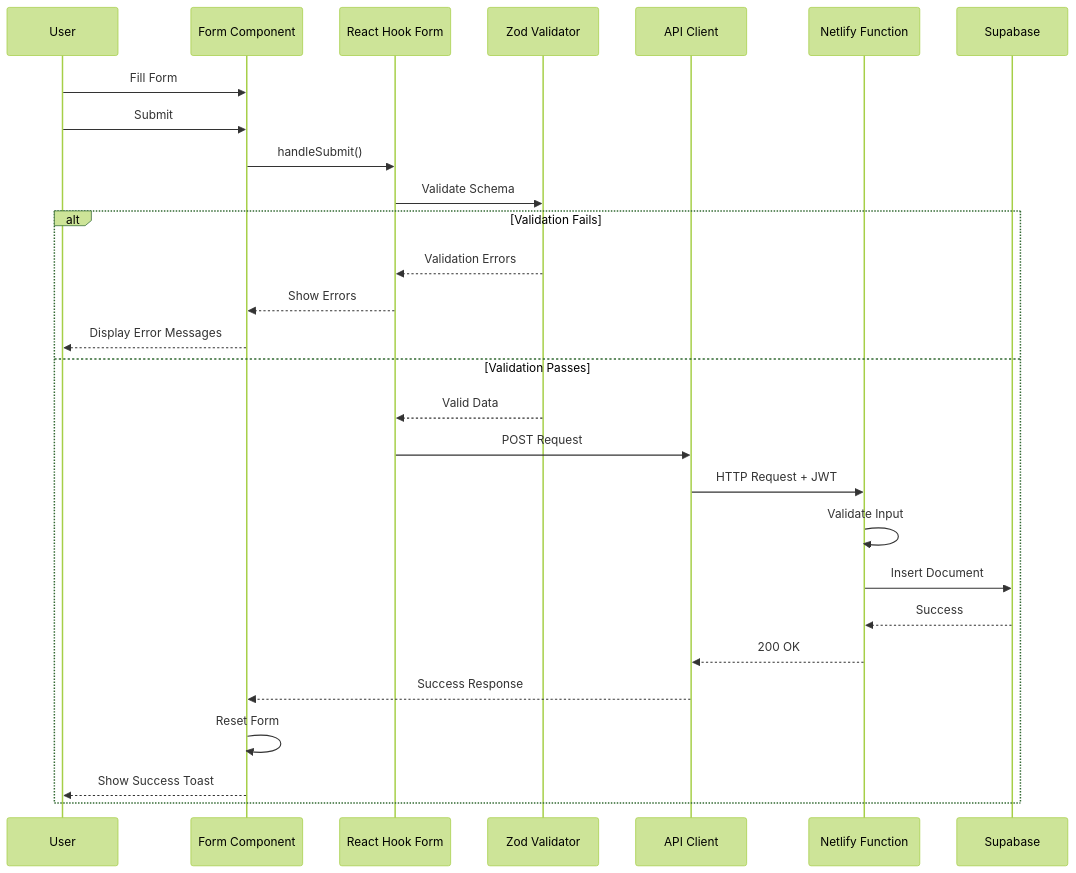
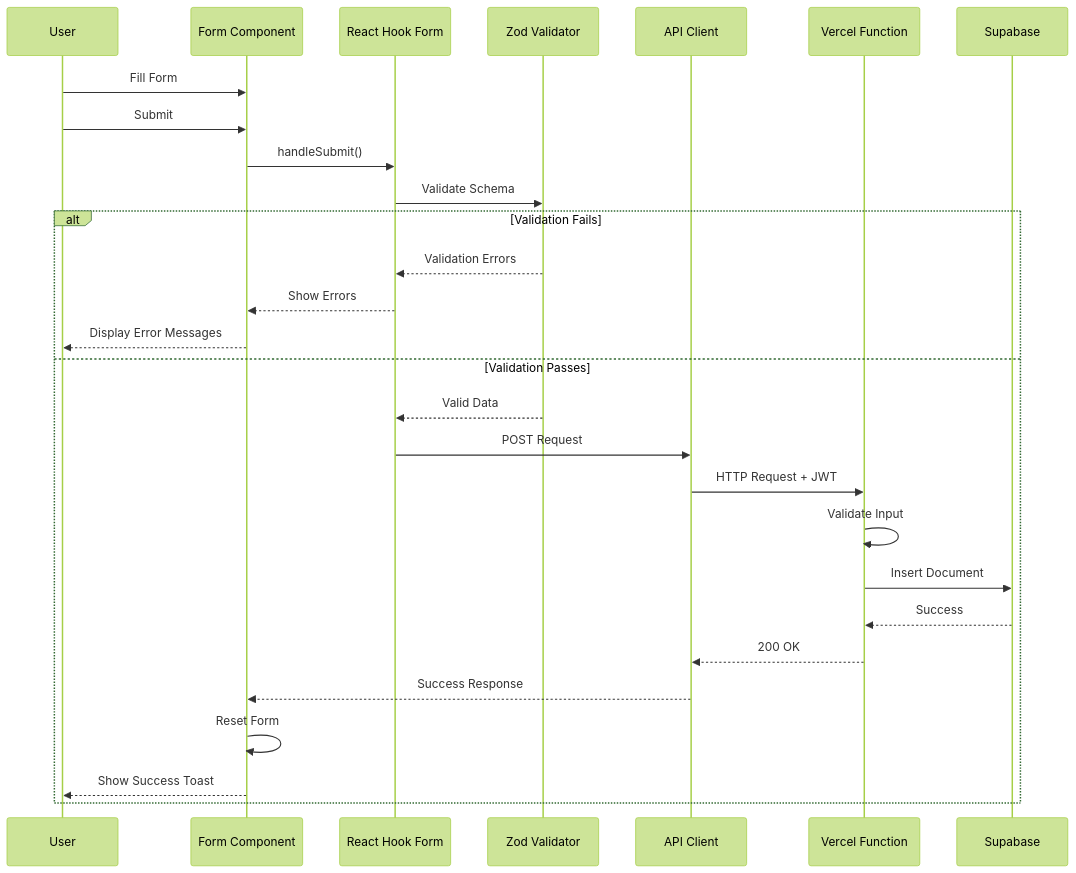
Diagram 16 of 19 in docs/SYSTEM_ARCHITECTURE.md (dobeutech/dobeunet-vercel), drawn with Mermaid (forest theme) before and after one commit. The commit also changed other lines of this file and 5 other files, not shown here.

First line of the commit message:
docs: bulk netlify -> vercel sweep across runbooks

````diff
--- a/docs/SYSTEM_ARCHITECTURE.md
+++ b/docs/SYSTEM_ARCHITECTURE.md
@@ -799,32 +799,32 @@
 ```mermaid
 sequenceDiagram
     participant User
     participant Form as Form Component
     participant RHF as React Hook Form
     participant Zod as Zod Validator
     participant API as API Client
-    participant Fn as Netlify Function
+    participant Fn as Vercel Function
     participant DB as Supabase
 
     User->>Form: Fill Form
     User->>Form: Submit
     Form->>RHF: handleSubmit()
     RHF->>Zod: Validate Schema
 
     alt Validation Fails
         Zod-->>RHF: Validation Errors
         RHF-->>Form: Show Errors
         Form-->>User: Display Error Messages
     else Validation Passes
         Zod-->>RHF: Valid Data
         RHF->>API: POST Request
         API->>Fn: HTTP Request + JWT
         Fn->>Fn: Validate Input
         Fn->>DB: Insert Document
         DB-->>Fn: Success
         Fn-->>API: 200 OK
         API-->>Form: Success Response
         Form->>Form: Reset Form
         Form-->>User: Show Success Toast
     end
 ```
````
